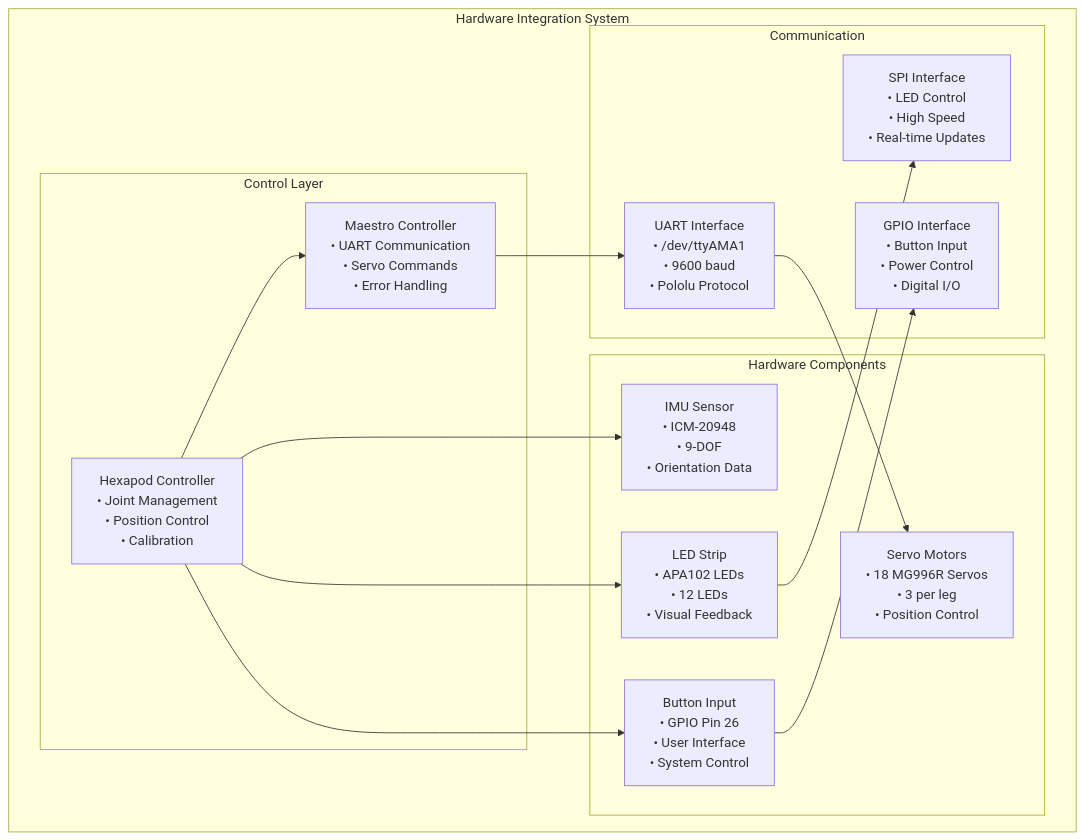
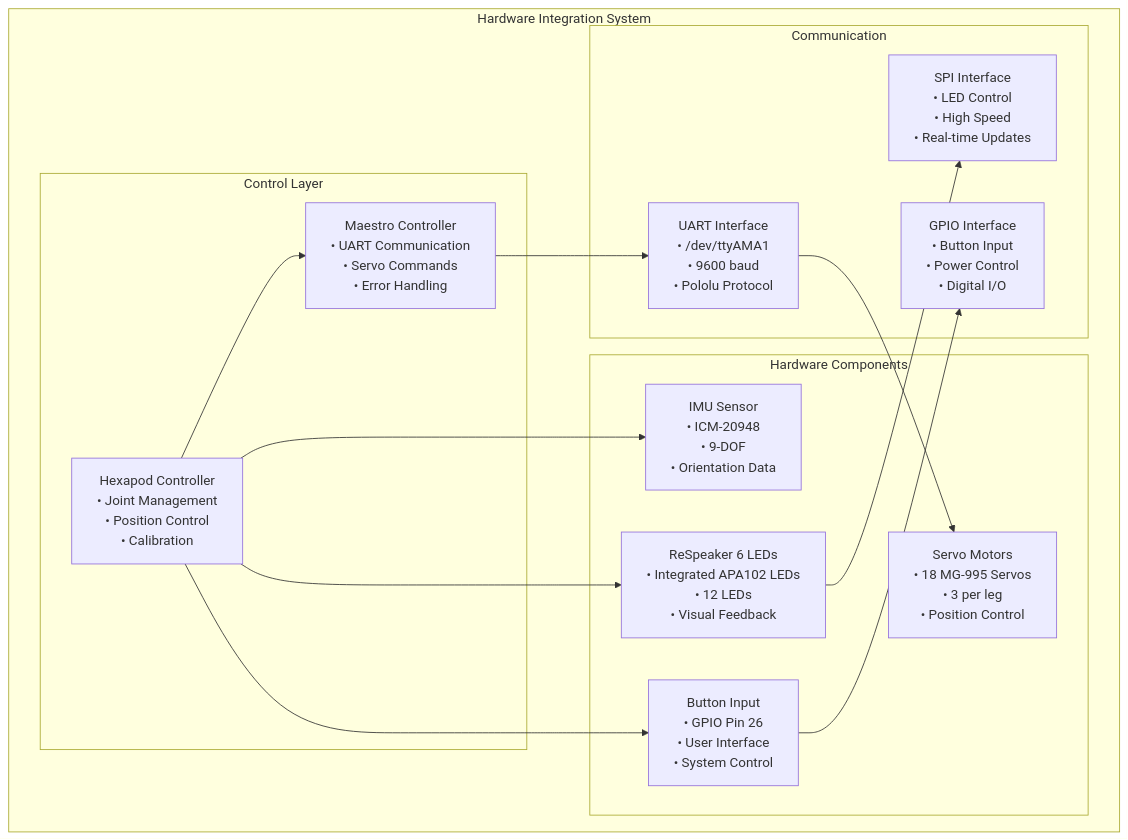
One commit to Gl0dny/hexapod changed the first of 2 diagrams in docs/hardware/hardware_integration.md. Above: the diagram before and after it, drawn with Mermaid. The commit also changed other lines of this file and 22 other files, not shown here.

````diff
--- a/docs/hardware/hardware_integration.md
+++ b/docs/hardware/hardware_integration.md
@@ -27,31 +26,31 @@
 ```mermaid
 graph TB
     subgraph "Hardware Integration System"
         subgraph "Control Layer"
             HC[Hexapod Controller<br/>• Joint Management<br/>• Position Control<br/>• Calibration]
             MC[Maestro Controller<br/>• UART Communication<br/>• Servo Commands<br/>• Error Handling]
         end
         
         subgraph "Hardware Components"
-            SC[Servo Motors<br/>• 18 MG996R Servos<br/>• 3 per leg<br/>• Position Control]
+            SC[Servo Motors<br/>• 18 MG-995 Servos<br/>• 3 per leg<br/>• Position Control]
             IMU[IMU Sensor<br/>• ICM-20948<br/>• 9-DOF<br/>• Orientation Data]
             BTN[Button Input<br/>• GPIO Pin 26<br/>• User Interface<br/>• System Control]
-            LED[LED Strip<br/>• APA102 LEDs<br/>• 12 LEDs<br/>• Visual Feedback]
+            LED[ReSpeaker 6 LEDs<br/>• Integrated APA102 LEDs<br/>• 12 LEDs<br/>• Visual Feedback]
         end
         
         subgraph "Communication"
             UART[UART Interface<br/>• /dev/ttyAMA1<br/>• 9600 baud<br/>• Pololu Protocol]
             SPI[SPI Interface<br/>• LED Control<br/>• High Speed<br/>• Real-time Updates]
             GPIO[GPIO Interface<br/>• Button Input<br/>• Power Control<br/>• Digital I/O]
         end
     end
     
     HC --> MC
     MC --> UART
     UART --> SC
     HC --> IMU
     HC --> BTN
     HC --> LED
     LED --> SPI
     BTN --> GPIO
 ```
````
